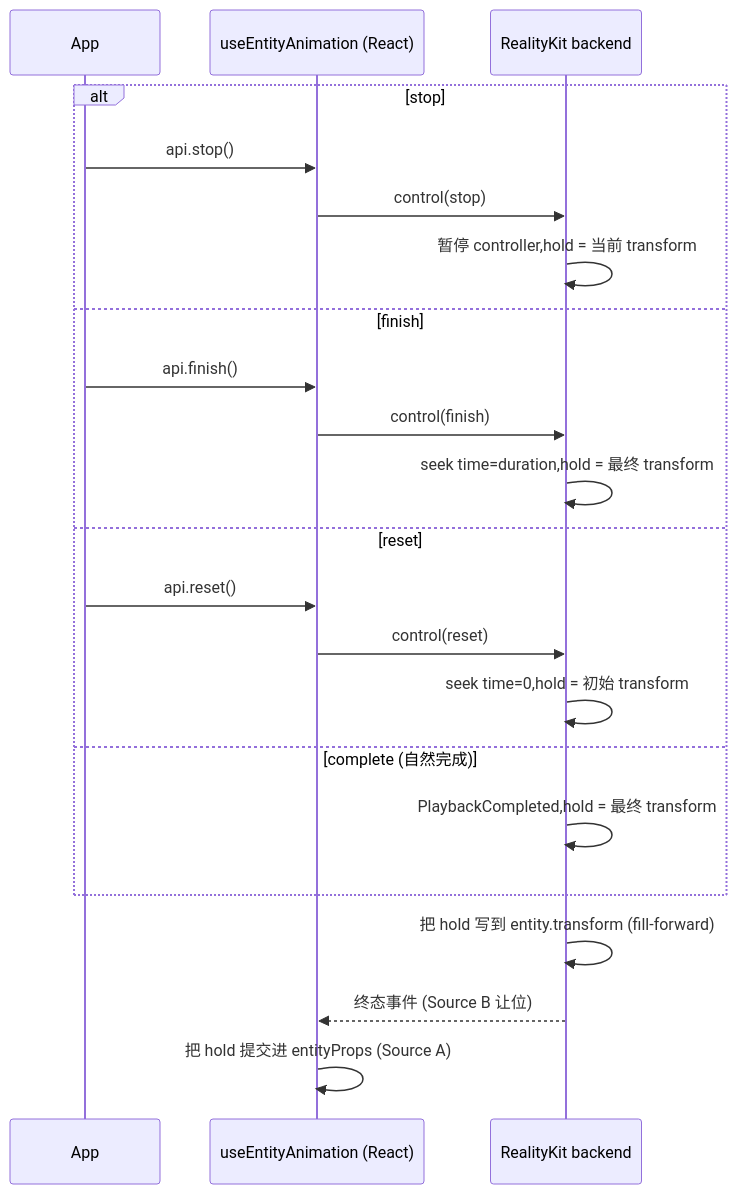
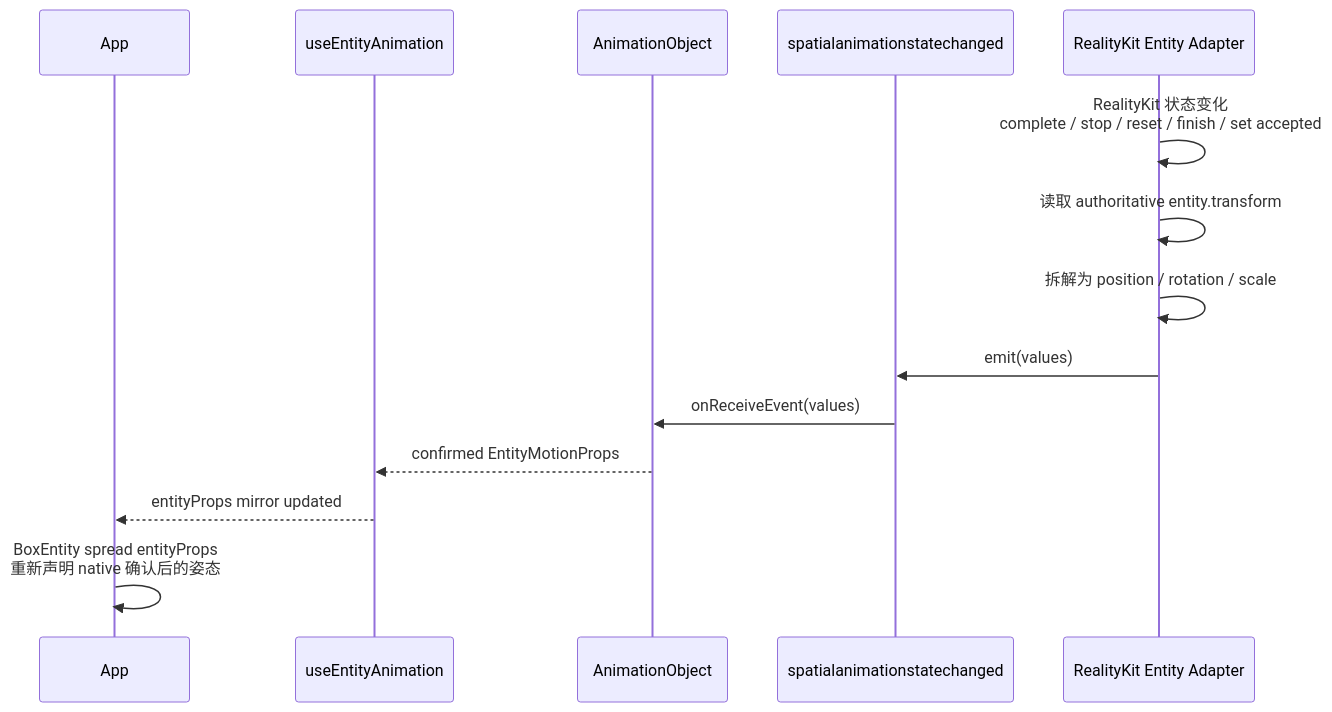
The third of 6 diagrams in openspec/changes/redesign-entity-motion-api/design.zh.md (webspatial/webspatial-sdk), drawn with Mermaid before and after one commit. The commit also changed other lines of this file and 1 other file, not shown here.

````diff
--- a/openspec/changes/redesign-entity-motion-api/design.zh.md
+++ b/openspec/changes/redesign-entity-motion-api/design.zh.md
@@ -258,24 +239,17 @@
 ```mermaid
 sequenceDiagram
     participant App
-    participant Hook as useEntityAnimation (React)
-    participant Native as RealityKit backend
-    alt stop
-        App->>Hook: api.stop()
-        Hook->>Native: control(stop)
-        Native->>Native: 暂停 controller,hold = 当前 transform
-    else finish
-        App->>Hook: api.finish()
-        Hook->>Native: control(finish)
-        Native->>Native: seek time=duration,hold = 最终 transform
-    else reset
-        App->>Hook: api.reset()
-        Hook->>Native: control(reset)
-        Native->>Native: seek time=0,hold = 初始 transform
-    else complete (自然完成)
-        Native->>Native: PlaybackCompleted,hold = 最终 transform
-    end
-    Native->>Native: 把 hold 写到 entity.transform (fill-forward)
-    Native-->>Hook: 终态事件 (Source B 让位)
-    Hook->>Hook: 把 hold 提交进 entityProps (Source A)
+    participant Hook as useEntityAnimation
+    participant Obj as AnimationObject
+    participant Event as spatialanimationstatechanged
+    participant Native as RealityKit Entity Adapter
+
+    Native->>Native: RealityKit 状态变化<br/>complete / stop / reset / finish / set accepted
+    Native->>Native: 读取 authoritative entity.transform
+    Native->>Native: 拆解为 position / rotation / scale
+    Native->>Event: emit(values)
+    Event->>Obj: onReceiveEvent(values)
+    Obj-->>Hook: confirmed EntityMotionProps
+    Hook-->>App: entityProps mirror updated
+    App->>App: BoxEntity spread entityProps<br/>重新声明 native 确认后的姿态
 ```
````
